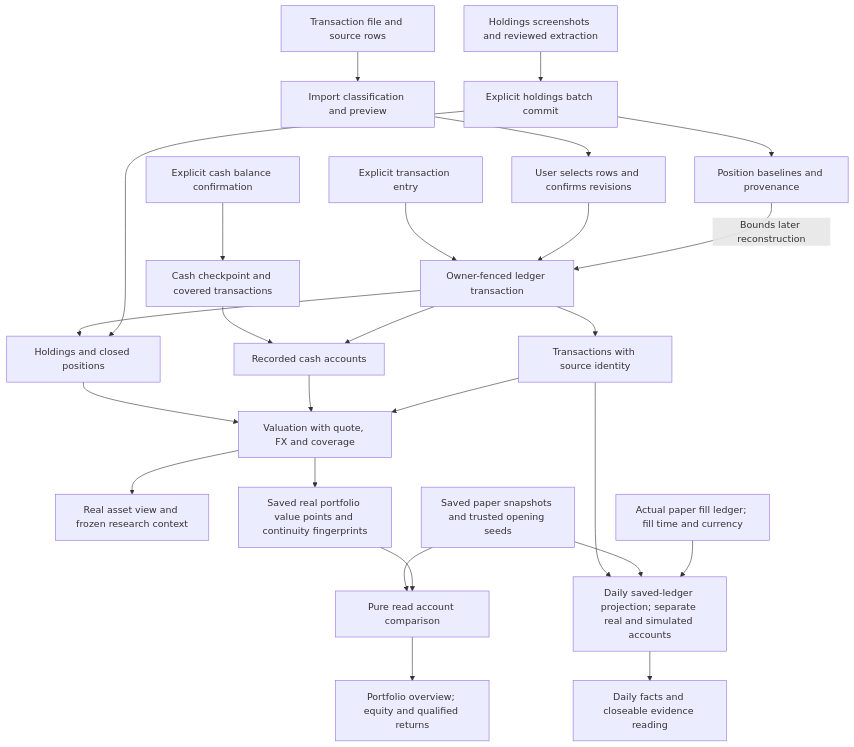
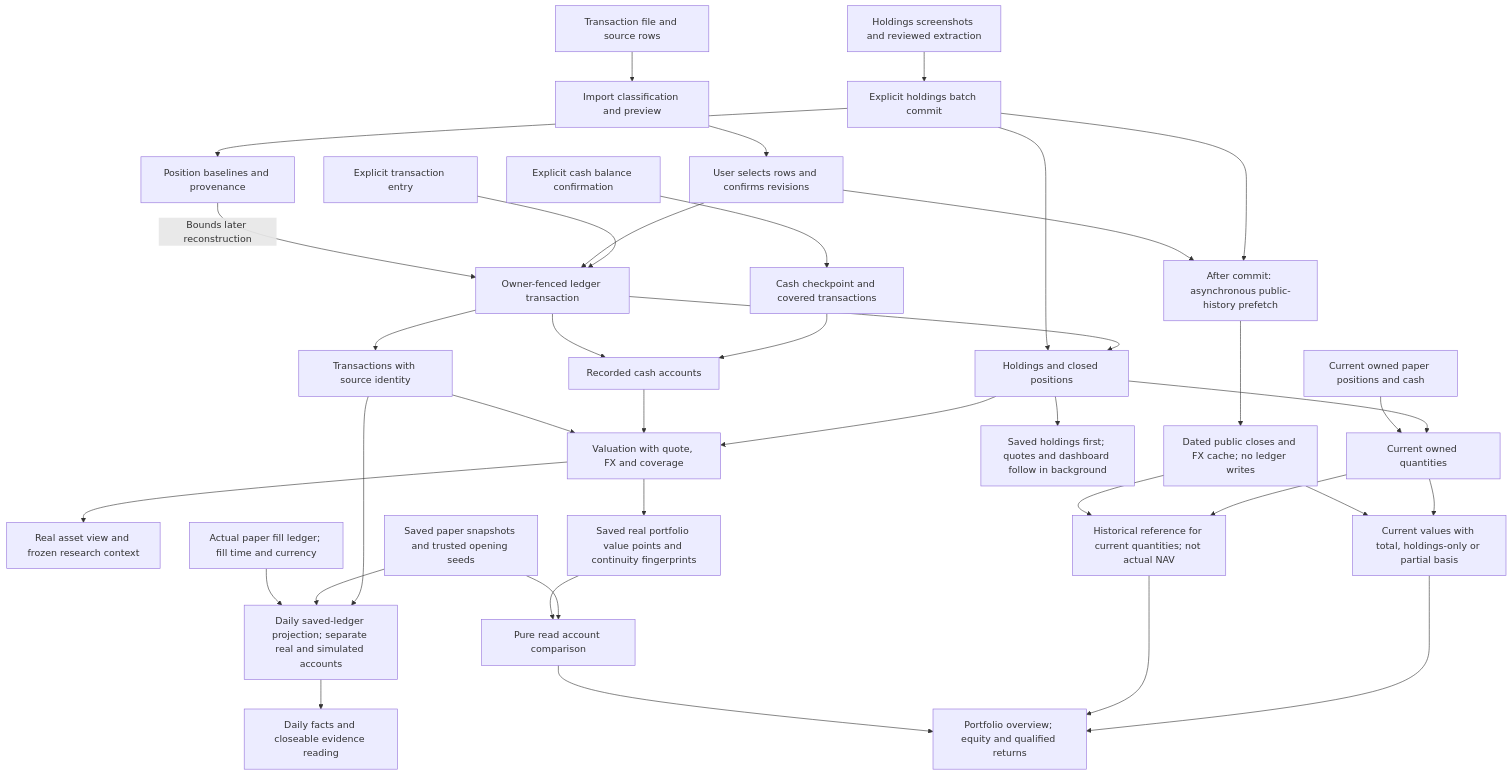
Before and after one commit to Lueyu/squabble: the fifth of 5 diagrams in docs/architecture.md, drawn with Mermaid. The commit also changed other lines of this file and 69 other files, not shown here.

````diff
--- a/docs/architecture.md
+++ b/docs/architecture.md
@@ -259,28 +268,40 @@
 ```mermaid
 flowchart TD
     manual["Explicit transaction entry"] --> ledgerTx["Owner-fenced ledger transaction"]
     file["Transaction file and source rows"] --> batch["Import classification and preview"]
     batch --> confirm["User selects rows and confirms revisions"]
     confirm --> ledgerTx
     screenshots["Holdings screenshots and reviewed extraction"] --> positionImport["Explicit holdings batch commit"]
     positionImport --> baseline["Position baselines and provenance"]
     baseline -->|"Bounds later reconstruction"| ledgerTx
     cashUser["Explicit cash balance confirmation"] --> cashReceipt["Cash checkpoint and covered transactions"]
     cashReceipt --> cash["Recorded cash accounts"]
     ledgerTx --> transactions["Transactions with source identity"]
     ledgerTx --> holdings["Holdings and closed positions"]
     positionImport --> holdings
     ledgerTx --> cash
     holdings --> metrics["Valuation with quote, FX and coverage"]
     cash --> metrics
     transactions --> metrics
     metrics --> today["Real asset view and frozen research context"]
     metrics --> points["Saved real portfolio value points and continuity fingerprints"]
     paper["Saved paper snapshots and trusted opening seeds"] --> compare["Pure read account comparison"]
     points --> compare
+    positionImport --> warm["After commit: asynchronous public-history prefetch"]
+    confirm --> warm
+    warm --> marketCache["Dated public closes and FX cache; no ledger writes"]
+    holdings --> quickUI["Saved holdings first; quotes and dashboard follow in background"]
+    holdings --> currentPositions["Current owned quantities"]
+    currentPaper["Current owned paper positions and cash"] --> currentPositions
+    currentPositions --> currentMarks["Current values with total, holdings-only or partial basis"]
+    currentPositions --> reference["Historical reference for current quantities; not actual NAV"]
+    marketCache --> currentMarks
+    marketCache --> reference
+    currentMarks --> overview
+    reference --> overview
     compare --> overview["Portfolio overview; equity and qualified returns"]
     transactions --> dailyRead["Daily saved-ledger projection; separate real and simulated accounts"]
     paper --> dailyRead
     paperFills["Actual paper fill ledger; fill time and currency"] --> dailyRead
     dailyRead --> dailyUI["Daily facts and closeable evidence reading"]
 ```
````
